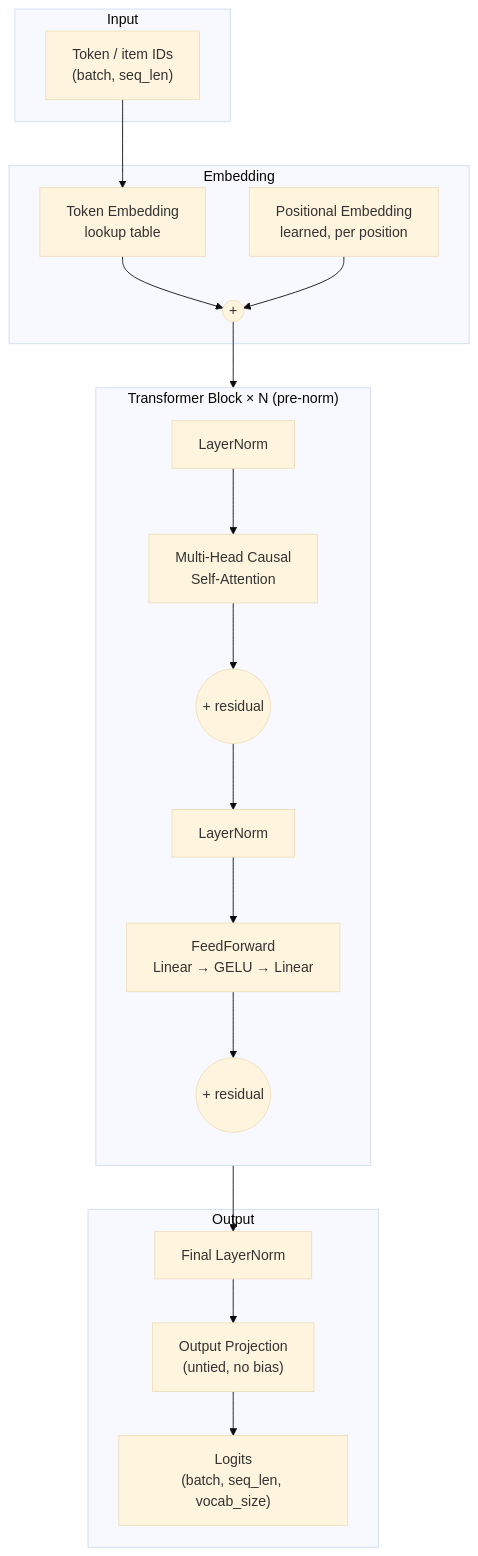
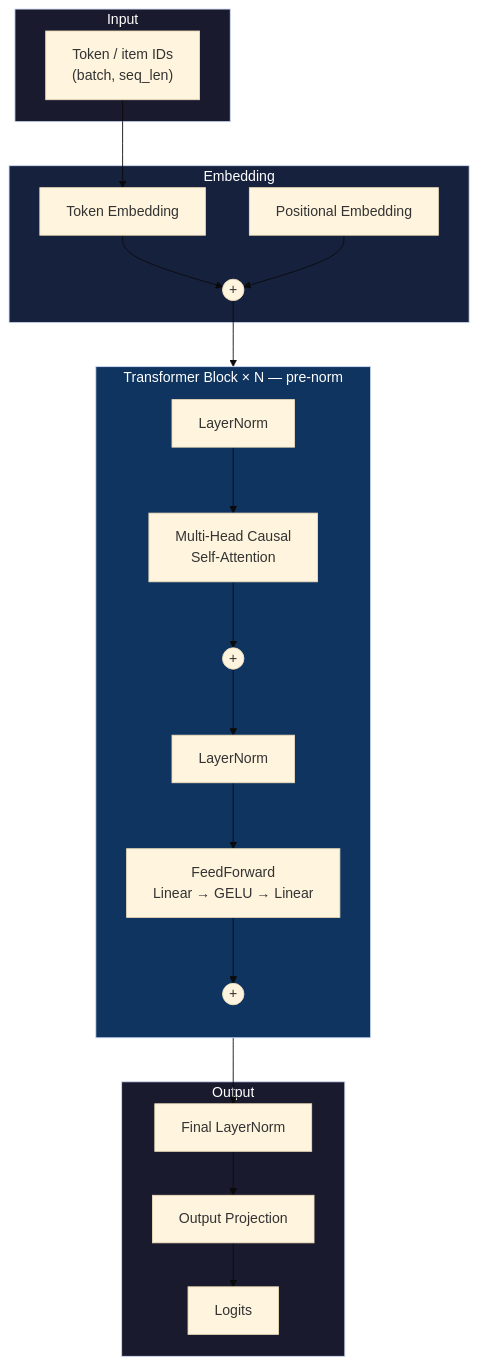
The second of 3 diagrams in README.md (Nwachukwu1300/cudatransformer), drawn with Mermaid (base theme) before and after one commit. The commit also changed other lines of this file, not shown here.

````diff
--- a/README.md
+++ b/README.md
@@ -25,31 +94,33 @@
 ```mermaid
 flowchart TB
     subgraph input["Input"]
         tok["Token / item IDs<br/>(batch, seq_len)"]
     end
 
     subgraph embed["Embedding"]
-        te["Token Embedding<br/>lookup table"]
-        pe["Positional Embedding<br/>learned, per position"]
+        te["Token Embedding"]
+        pe["Positional Embedding"]
         tok --> te
         te --> add1(("+"))
         pe --> add1
     end
 
-    subgraph block["Transformer Block × N  (pre-norm)"]
+    subgraph block["Transformer Block × N — pre-norm"]
         direction TB
         ln1["LayerNorm"] --> attn["Multi-Head Causal<br/>Self-Attention"]
-        attn --> res1(("+ residual"))
+        attn --> res1(("+"))
         res1 --> ln2["LayerNorm"] --> ffn["FeedForward<br/>Linear → GELU → Linear"]
-        ffn --> res2(("+ residual"))
+        ffn --> res2(("+"))
     end
 
     subgraph output["Output"]
-        fln["Final LayerNorm"]
-        proj["Output Projection<br/>(untied, no bias)"]
-        logits["Logits<br/>(batch, seq_len, vocab_size)"]
-        fln --> proj --> logits
+        fln["Final LayerNorm"] --> proj["Output Projection"] --> logits["Logits"]
     end
 
     add1 --> block --> fln
+
+    style input fill:#1a1a2e,color:#fff
+    style embed fill:#16213e,color:#fff
+    style block fill:#0f3460,color:#fff
+    style output fill:#1a1a2e,color:#fff
 ```
````
